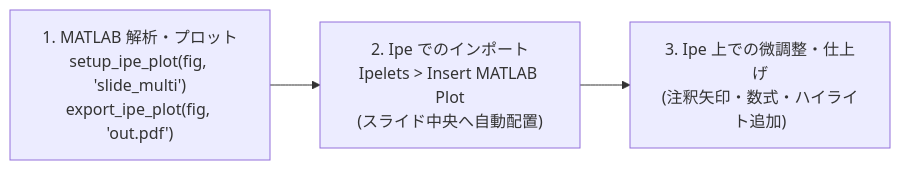
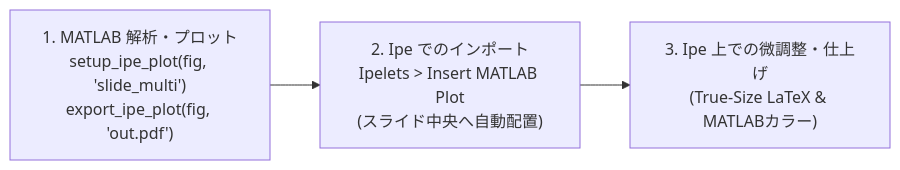
One commit to keigosuzuki/IpeExample changed the diagram in examples/matlab_plot_example/README.md. Above: the diagram before and after it, drawn with Mermaid. The commit also changed other lines of this file and 15 other files, not shown here.

````diff
--- a/examples/matlab_plot_example/README.md
+++ b/examples/matlab_plot_example/README.md
@@ -9,5 +9,5 @@
 ```mermaid
 flowchart LR
     A["1. MATLAB 解析・プロット<br/>setup_ipe_plot(fig, 'slide_multi')<br/>export_ipe_plot(fig, 'out.pdf')"] --> B["2. Ipe でのインポート<br/>Ipelets > Insert MATLAB Plot<br/>(スライド中央へ自動配置)"]
-    B --> C["3. Ipe 上での微調整・仕上げ<br/>(注釈矢印・数式・ハイライト追加)"]
+    B --> C["3. Ipe 上での微調整・仕上げ<br/>(True-Size LaTeX & MATLABカラー)"]
 ```
````
